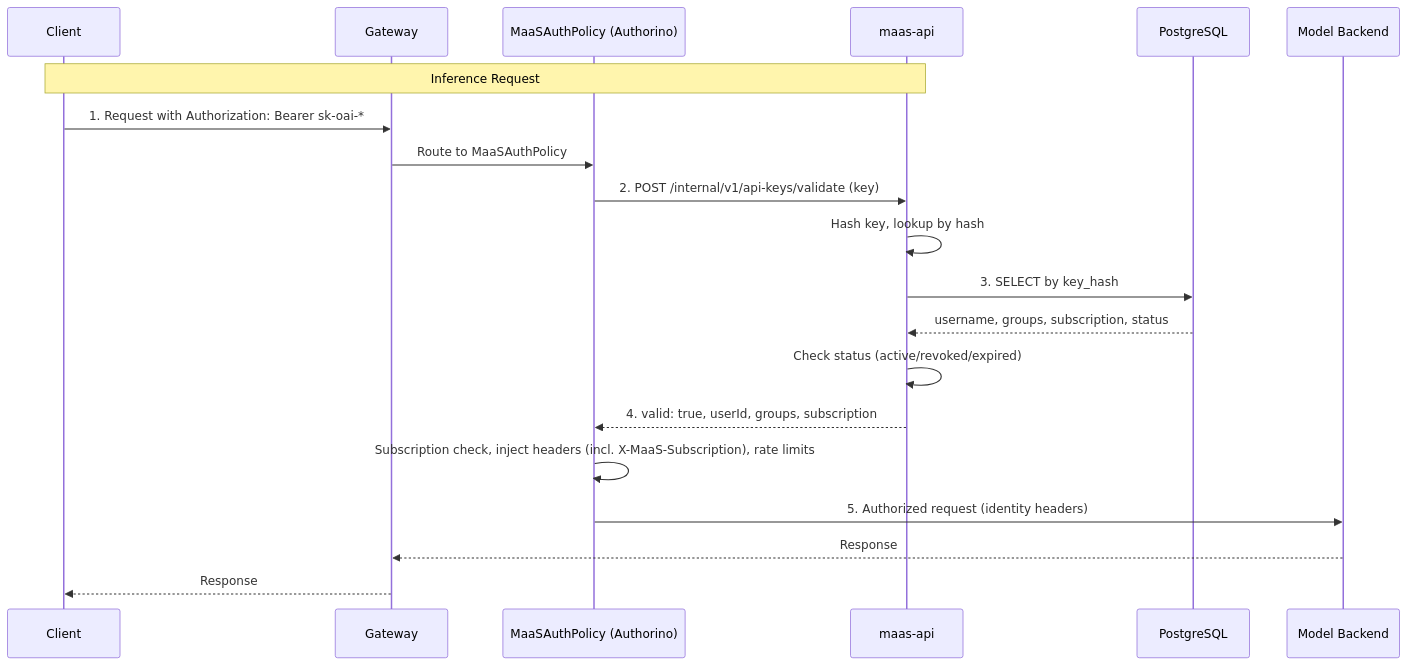
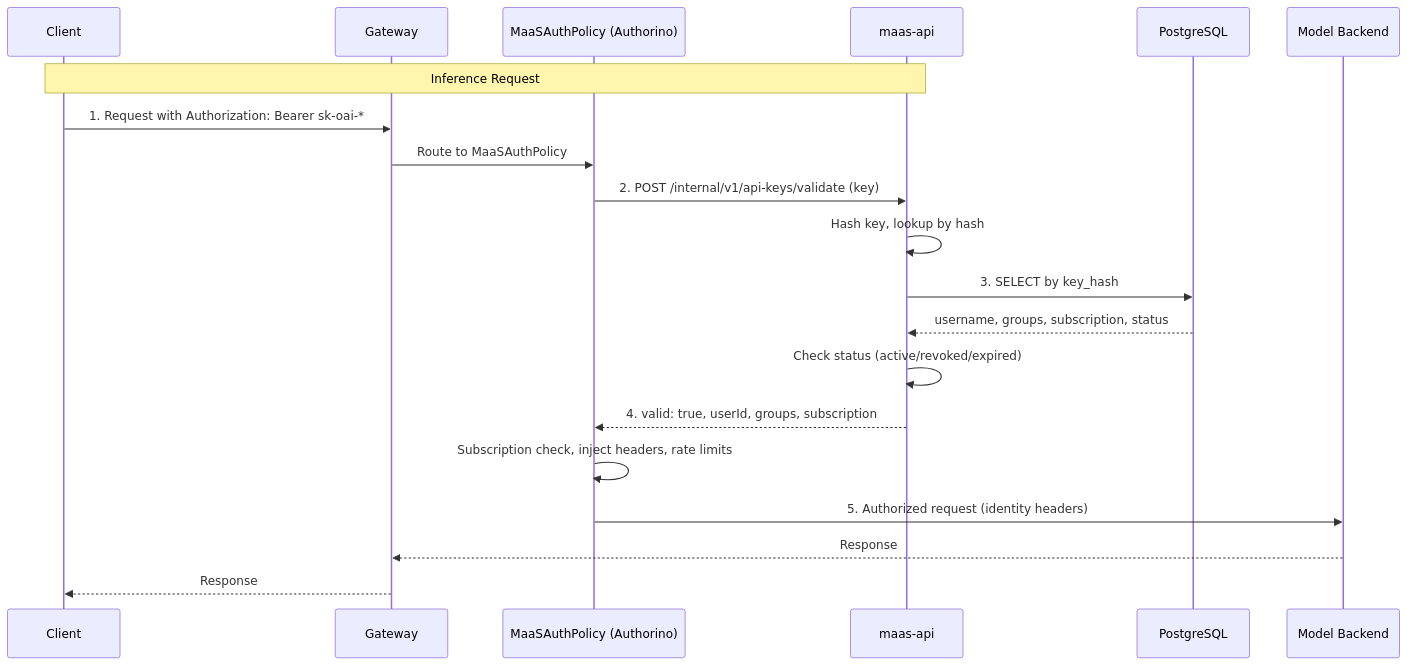
Before and after one commit to SB159/maas-billing: the second of 3 diagrams in docs/content/configuration-and-management/token-management.md, drawn with Mermaid. The commit also changed other lines of this file and 10 other files, not shown here.

````diff
--- a/docs/content/configuration-and-management/token-management.md
+++ b/docs/content/configuration-and-management/token-management.md
@@ -92,23 +92,23 @@
 ```mermaid
 sequenceDiagram
     participant User as Client
     participant Gateway
     participant AuthPolicy as MaaSAuthPolicy (Authorino)
     participant MaaS as maas-api
     participant DB as PostgreSQL
     participant Model as Model Backend
 
     Note over User,MaaS: Inference Request
     User->>Gateway: 1. Request with Authorization: Bearer sk-oai-*
     Gateway->>AuthPolicy: Route to MaaSAuthPolicy
     AuthPolicy->>MaaS: 2. POST /internal/v1/api-keys/validate (key)
     MaaS->>MaaS: Hash key, lookup by hash
     MaaS->>DB: 3. SELECT by key_hash
     DB-->>MaaS: username, groups, subscription, status
     MaaS->>MaaS: Check status (active/revoked/expired)
     MaaS-->>AuthPolicy: 4. valid: true, userId, groups, subscription
-    AuthPolicy->>AuthPolicy: Subscription check, inject headers (incl. X-MaaS-Subscription), rate limits
+    AuthPolicy->>AuthPolicy: Subscription check, inject headers, rate limits
     AuthPolicy->>Model: 5. Authorized request (identity headers)
     Model-->>Gateway: Response
     Gateway-->>User: Response
 ```
````
